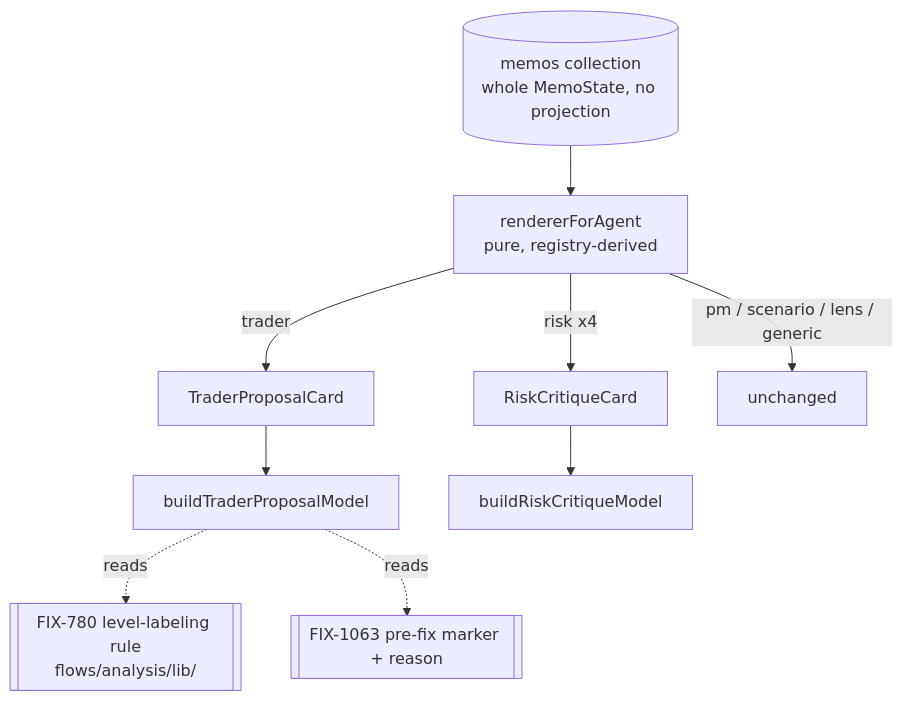
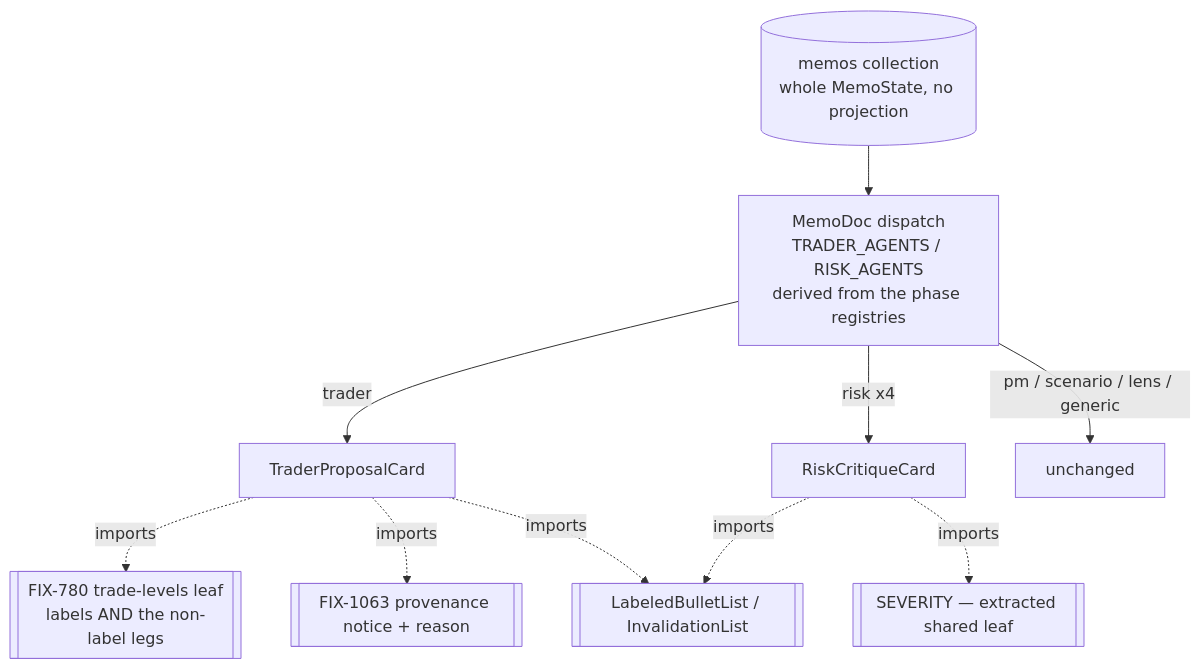
Before and after one commit to fixpoint-labs/flow-state-dev: the diagram in spec/FIX-1061.md, drawn with Mermaid. The commit also changed other lines of this file, not shown here.

````diff
--- a/spec/FIX-1061.md
+++ b/spec/FIX-1061.md
@@ -201,11 +219,12 @@
 ```mermaid
 flowchart TD
-  R[(memos collection<br/>whole MemoState, no projection)] --> D[rendererForAgent<br/>pure, registry-derived]
+  R[(memos collection<br/>whole MemoState, no projection)] --> D[MemoDoc dispatch<br/>TRADER_AGENTS / RISK_AGENTS<br/>derived from the phase registries]
   D -->|trader| T[TraderProposalCard]
   D -->|risk x4| K[RiskCritiqueCard]
   D -->|pm / scenario / lens / generic| X[unchanged]
-  T --> VM1[buildTraderProposalModel]
-  K --> VM2[buildRiskCritiqueModel]
-  VM1 -.reads.-> L[[FIX-780 level-labeling rule<br/>flows/analysis/lib/]]
-  VM1 -.reads.-> M[[FIX-1063 pre-fix marker + reason]]
+  T -.imports.-> L[[FIX-780 trade-levels leaf<br/>labels AND the non-label legs]]
+  T -.imports.-> M[[FIX-1063 provenance notice + reason]]
+  T -.imports.-> B[[LabeledBulletList / InvalidationList]]
+  K -.imports.-> B
+  K -.imports.-> S[[SEVERITY — extracted shared leaf]]
 ```
````
